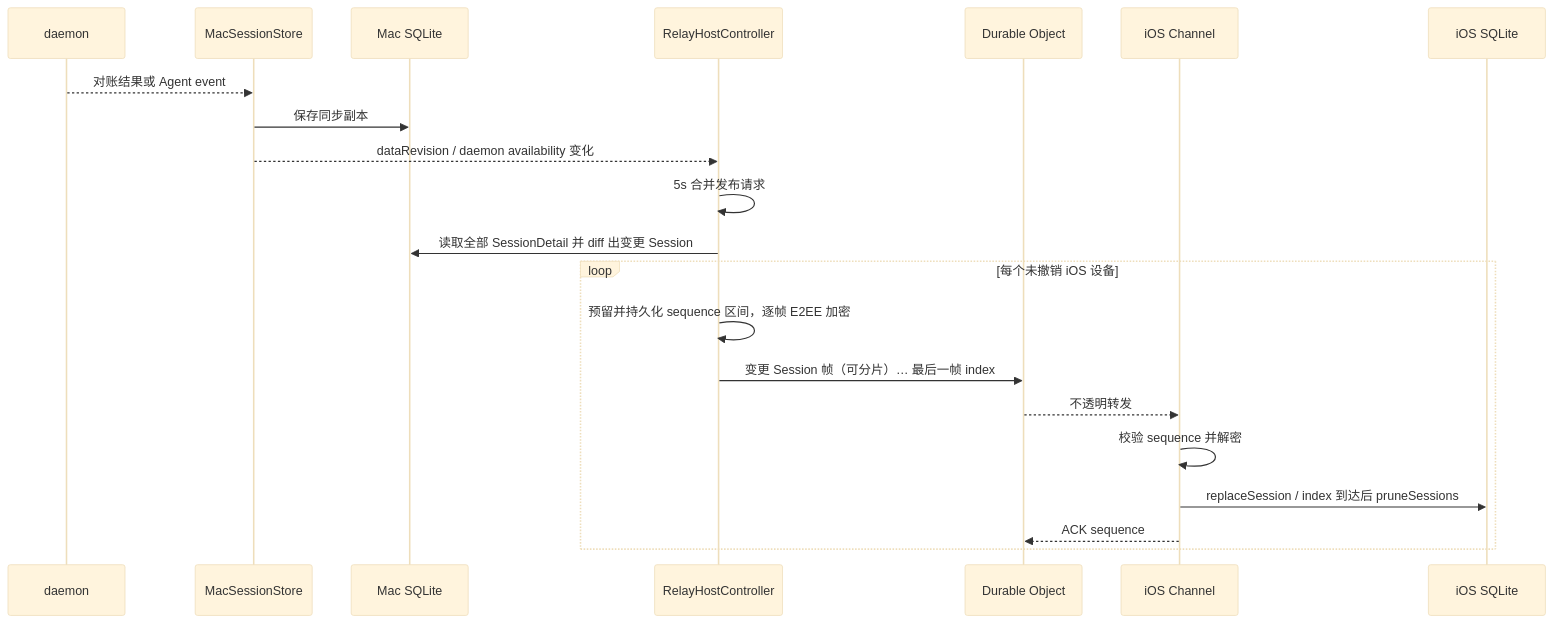
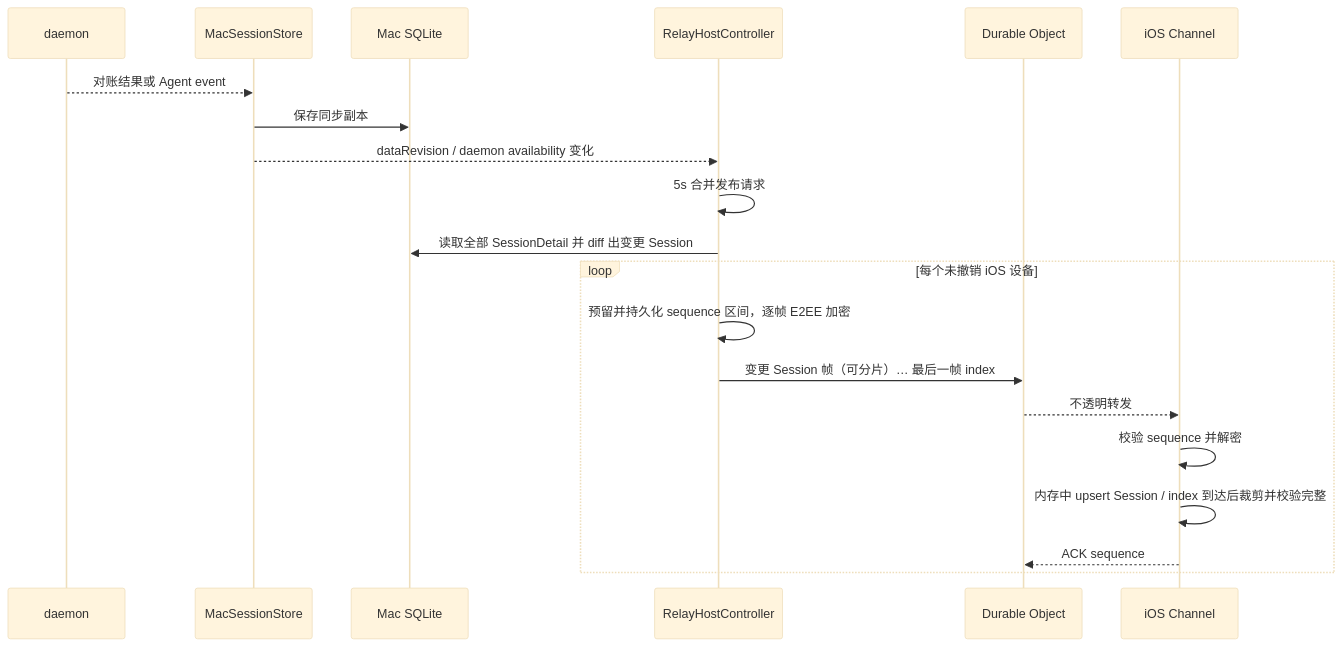
The second of 2 diagrams in docs/design/data-communication-storage.md (AFutureD/Lumi), drawn with Mermaid (base theme) before and after one commit. The commit also changed other lines of this file and 54 other files, not shown here.

````diff
--- a/docs/design/data-communication-storage.md
+++ b/docs/design/data-communication-storage.md
@@ -138,24 +138,23 @@
 ```mermaid
 sequenceDiagram
     participant D as daemon
     participant M as MacSessionStore
     participant MDB as Mac SQLite
     participant H as RelayHostController
     participant R as Durable Object
     participant I as iOS Channel
-    participant IDB as iOS SQLite
 
     D-->>M: 对账结果或 Agent event
     M->>MDB: 保存同步副本
     M-->>H: dataRevision / daemon availability 变化
     H->>H: 5s 合并发布请求
     H->>MDB: 读取全部 SessionDetail 并 diff 出变更 Session
     loop 每个未撤销 iOS 设备
         H->>H: 预留并持久化 sequence 区间，逐帧 E2EE 加密
         H->>R: 变更 Session 帧（可分片）… 最后一帧 index
         R-->>I: 不透明转发
         I->>I: 校验 sequence 并解密
-        I->>IDB: replaceSession / index 到达后 pruneSessions
+        I->>I: 内存中 upsert Session / index 到达后裁剪并校验完整
         I-->>R: ACK sequence
     end
 ```
````
